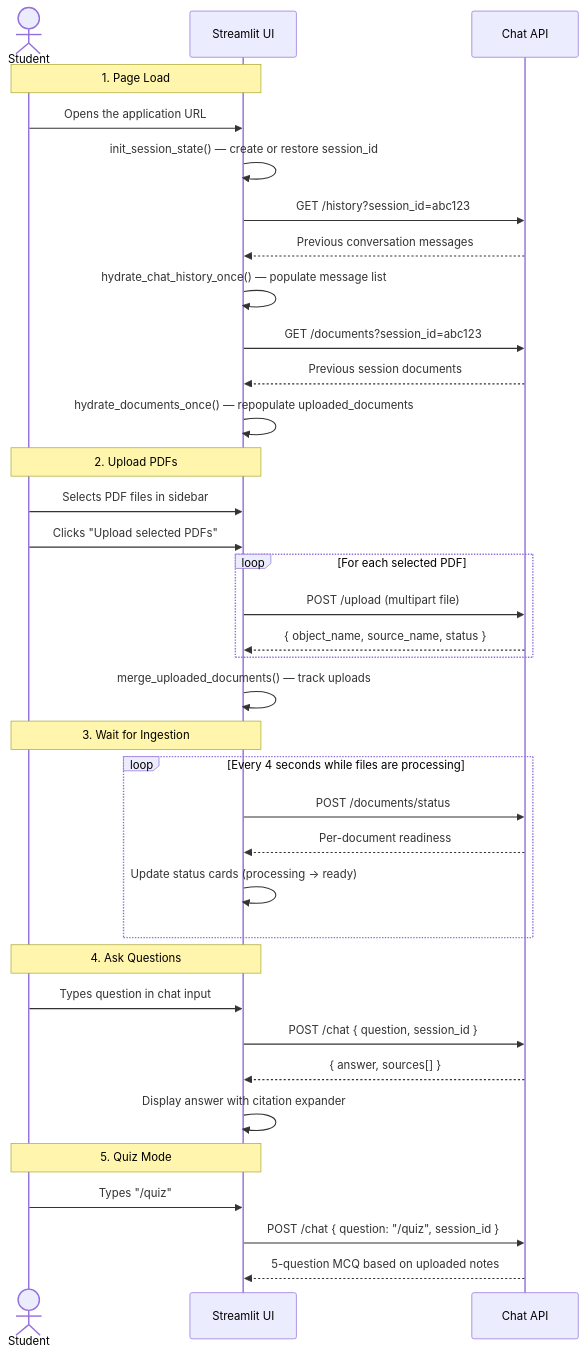
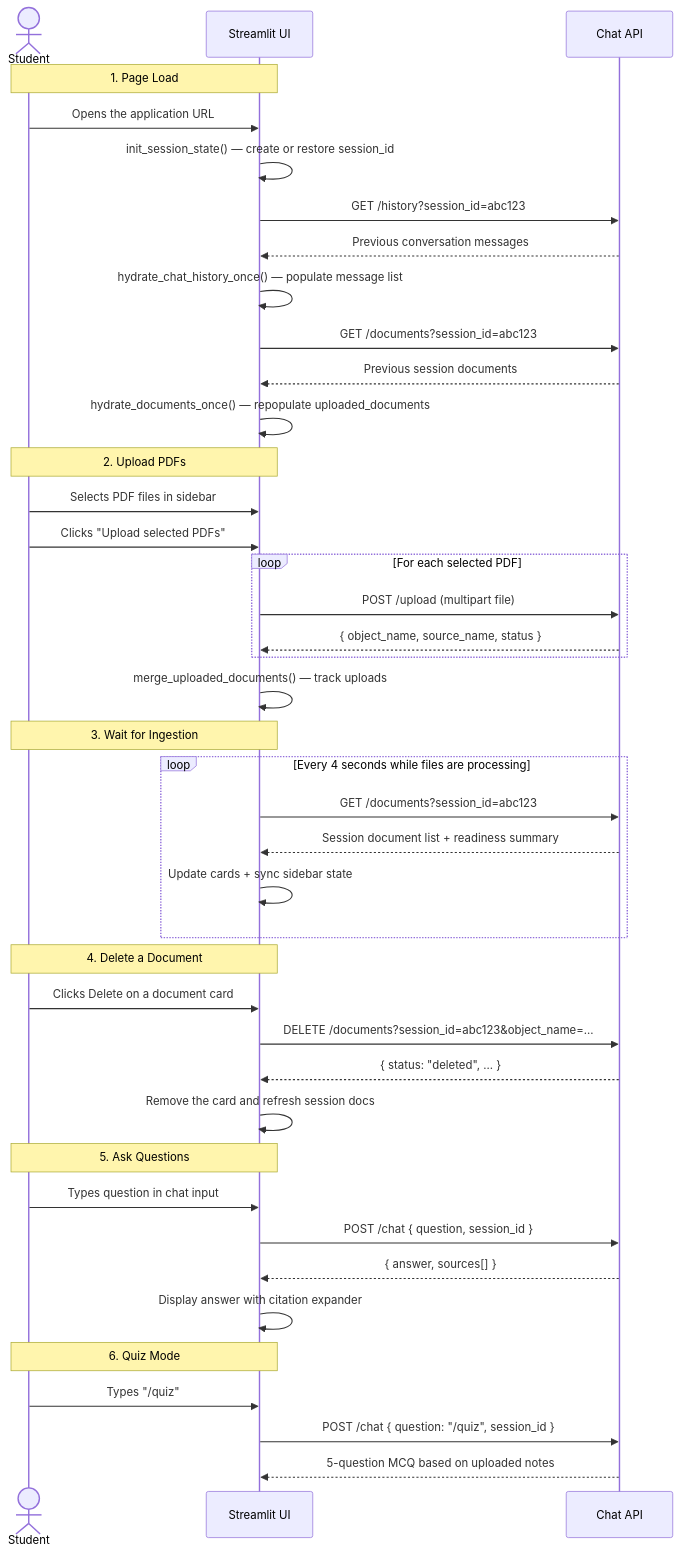
One commit to DanielMortada/cloud-computing-project changed the third of 5 diagrams in streamlit_app/README.md. Above: the diagram before and after it, drawn with Mermaid. The commit also changed other lines of this file and 8 other files, not shown here.

First line of the commit message:
feat: Enhance chat API with social prompt handling and document deletion

````diff
--- a/streamlit_app/README.md
+++ b/streamlit_app/README.md
@@ -105,43 +105,49 @@
 ```mermaid
 sequenceDiagram
     actor Student
     participant UI as Streamlit UI
     participant API as Chat API
 
     Note over Student,UI: 1. Page Load
     Student->>UI: Opens the application URL
     UI->>UI: init_session_state() — create or restore session_id
     UI->>API: GET /history?session_id=abc123
     API-->>UI: Previous conversation messages
     UI->>UI: hydrate_chat_history_once() — populate message list
     UI->>API: GET /documents?session_id=abc123
     API-->>UI: Previous session documents
     UI->>UI: hydrate_documents_once() — repopulate uploaded_documents
 
     Note over Student,UI: 2. Upload PDFs
     Student->>UI: Selects PDF files in sidebar
     Student->>UI: Clicks "Upload selected PDFs"
     loop For each selected PDF
         UI->>API: POST /upload (multipart file)
         API-->>UI: { object_name, source_name, status }
     end
     UI->>UI: merge_uploaded_documents() — track uploads
 
     Note over Student,UI: 3. Wait for Ingestion
     loop Every 4 seconds while files are processing
-        UI->>API: POST /documents/status
-        API-->>UI: Per-document readiness
-        UI->>UI: Update status cards (processing → ready)
+        UI->>API: GET /documents?session_id=abc123
+        API-->>UI: Session document list + readiness summary
+        UI->>UI: Update cards + sync sidebar state
     end
 
-    Note over Student,UI: 4. Ask Questions
+    Note over Student,UI: 4. Delete a Document
+    Student->>UI: Clicks Delete on a document card
+    UI->>API: DELETE /documents?session_id=abc123&object_name=...
+    API-->>UI: { status: "deleted", ... }
+    UI->>UI: Remove the card and refresh session docs
+
+    Note over Student,UI: 5. Ask Questions
     Student->>UI: Types question in chat input
     UI->>API: POST /chat { question, session_id }
     API-->>UI: { answer, sources[] }
     UI->>UI: Display answer with citation expander
 
-    Note over Student,UI: 5. Quiz Mode
+    Note over Student,UI: 6. Quiz Mode
     Student->>UI: Types "/quiz"
     UI->>API: POST /chat { question: "/quiz", session_id }
     API-->>UI: 5-question MCQ based on uploaded notes
 ```
````
